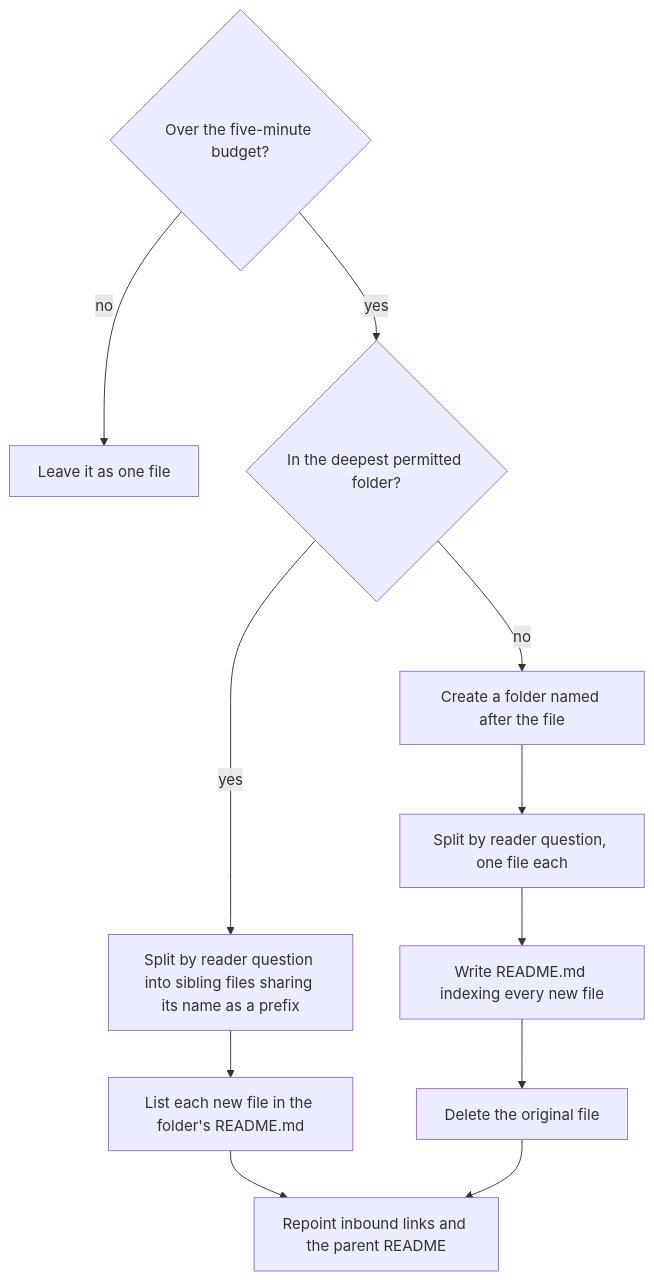
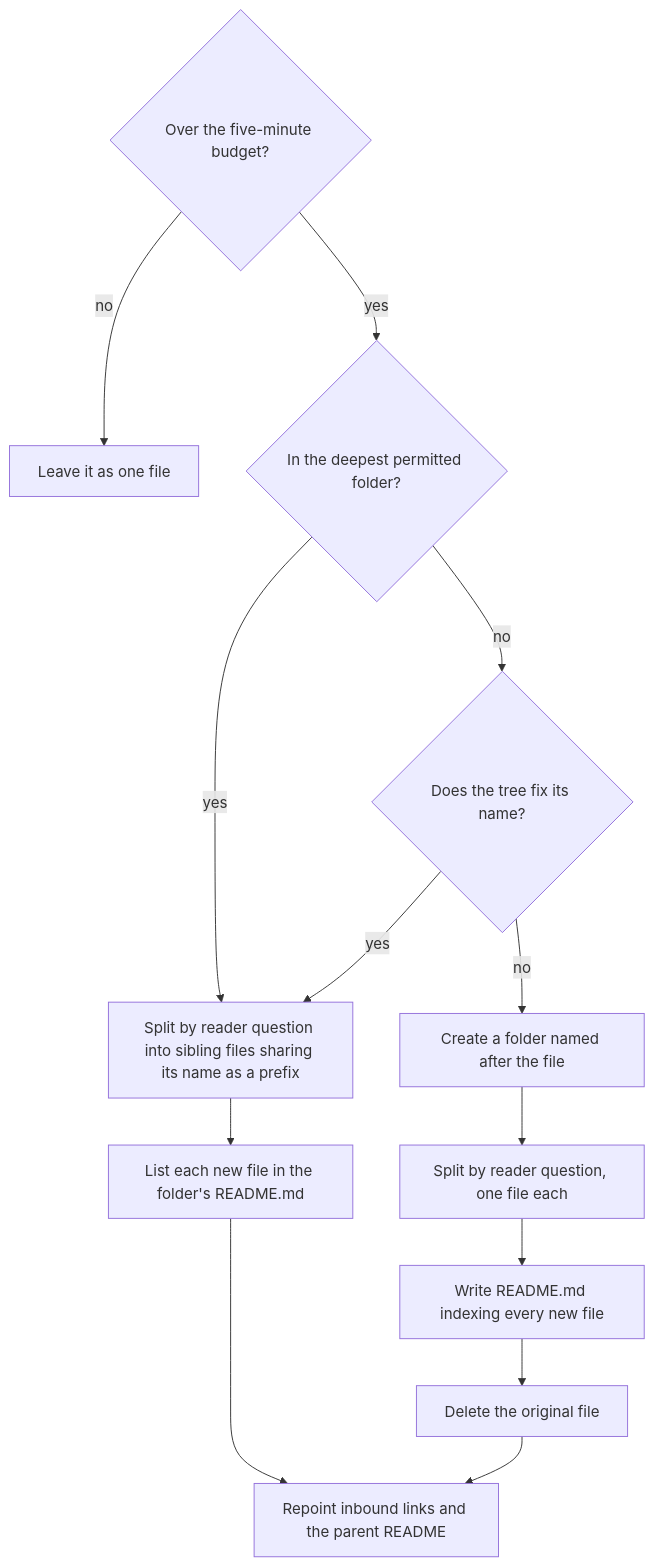
Before and after one commit to polikeiji/constitutions: the diagram in constitutions/documentation/file-organization.md, drawn with Mermaid. The commit also changed other lines of this file and 1 other file, not shown here.

First line of the commit message:
docs(documentation): say how a fixed-name page splits past the budget

````diff
--- a/constitutions/documentation/file-organization.md
+++ b/constitutions/documentation/file-organization.md
@@ -13,15 +13,17 @@
 ```mermaid
 flowchart TD
     accTitle: Splitting a document that is over the read budget
-    accDescr: A document inside the budget is left as one file. One over it becomes a folder named after the file, split by reader question, with a README indexing the new files; the original is then deleted and every inbound link and the parent README repointed. A document already in the deepest permitted folder splits into sibling files instead, each listed in that folder's README, and every inbound link to a moved section is repointed.
+    accDescr: A document inside the budget is left as one file. One over it becomes a folder named after the file, split by reader question, with a README indexing the new files; the original is then deleted and every inbound link and the parent README repointed. A document already in the deepest permitted folder, or one whose name the tree fixes, splits into sibling files instead: the original keeps its path and its opening, each new file is listed in that folder's README, and every inbound link to a moved section is repointed.
     check{"Over the five-minute budget?"} -->|no| keep["Leave it as one file"]
     check -->|yes| depth{"In the deepest permitted folder?"}
-    depth -->|no| folder["Create a folder named after the file"]
+    depth -->|no| fixed{"Does the tree fix its name?"}
+    fixed -->|no| folder["Create a folder named after the file"]
     depth -->|yes| sibling["Split by reader question into sibling files sharing its name as a prefix"]
+    fixed -->|yes| sibling
     sibling --> listed["List each new file in the folder's README.md"]
     listed --> links
     folder --> split["Split by reader question, one file each"]
     split --> index["Write README.md indexing every new file"]
     index --> remove["Delete the original file"]
     remove --> links["Repoint inbound links and the parent README"]
 ```
````
